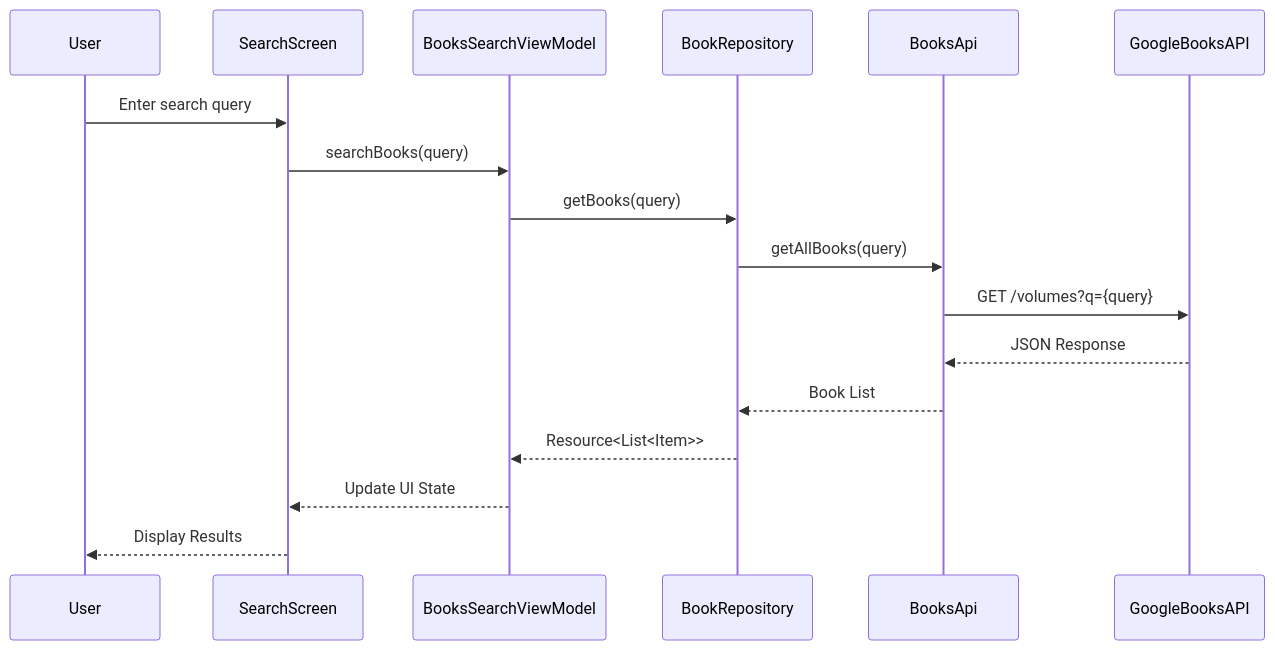
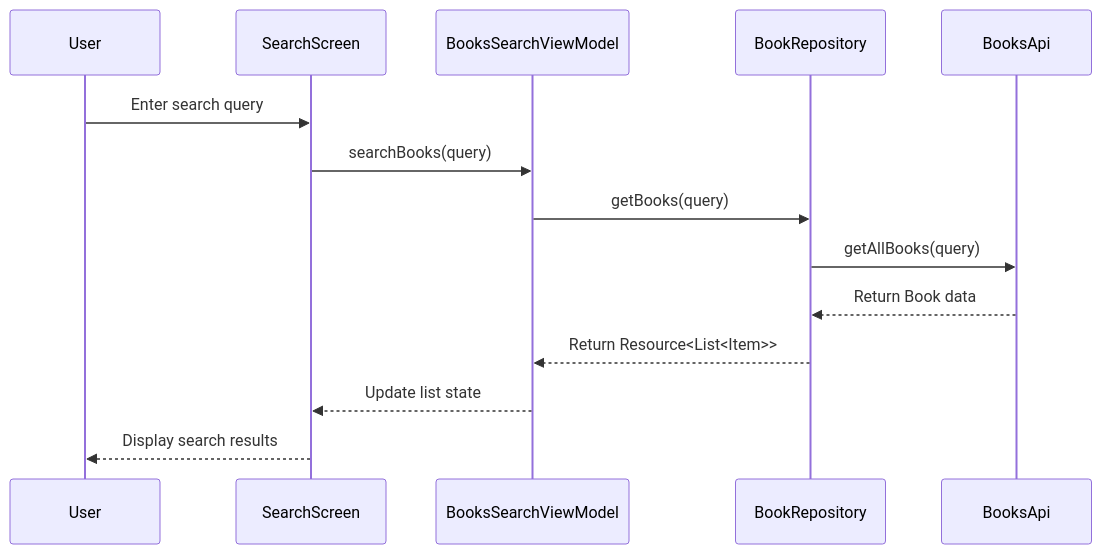
The diagram in README.md (Yashvvvv/ReadSphere), drawn with Mermaid before and after one commit. The commit also changed other lines of this file and 1 other file, not shown here.

````diff
--- a/README.md
+++ b/README.md
@@ -216,20 +154,17 @@
 ```mermaid
 sequenceDiagram
     participant User
     participant SearchScreen
     participant BooksSearchViewModel
     participant BookRepository
     participant BooksApi
-    participant GoogleBooksAPI
 
     User->>SearchScreen: Enter search query
     SearchScreen->>BooksSearchViewModel: searchBooks(query)
     BooksSearchViewModel->>BookRepository: getBooks(query)
     BookRepository->>BooksApi: getAllBooks(query)
-    BooksApi->>GoogleBooksAPI: GET /volumes?q={query}
-    GoogleBooksAPI-->>BooksApi: JSON Response
-    BooksApi-->>BookRepository: Book List
-    BookRepository-->>BooksSearchViewModel: Resource<List<Item>>
-    BooksSearchViewModel-->>SearchScreen: Update UI State
-    SearchScreen-->>User: Display Results
+    BooksApi-->>BookRepository: Return Book data
+    BookRepository-->>BooksSearchViewModel: Return Resource<List<Item>>
+    BooksSearchViewModel-->>SearchScreen: Update list state
+    SearchScreen-->>User: Display search results
 ```
````
